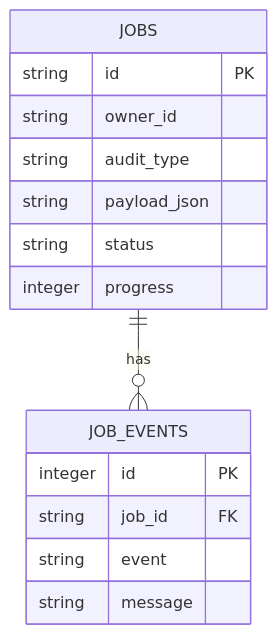
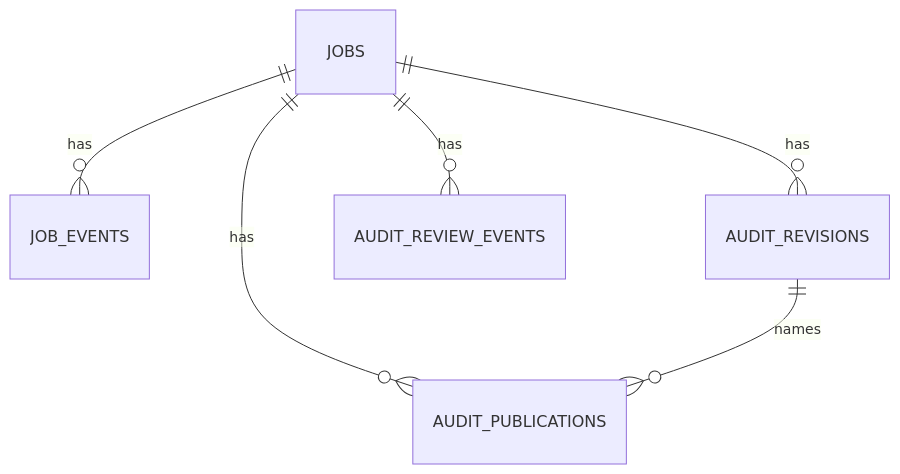
Before and after one commit to mohamedyassineabdi/UX-UI: the diagram in docs/DATA-MODEL.md, drawn with Mermaid. The commit also changed other lines of this file and 10 other files, not shown here.

````diff
--- a/docs/DATA-MODEL.md
+++ b/docs/DATA-MODEL.md
@@ -14,14 +14,8 @@
 ```mermaid
 erDiagram
   JOBS ||--o{ JOB_EVENTS : has
-  JOBS { string id PK
-         string owner_id
-         string audit_type
-         string payload_json
-         string status
-         integer progress }
-  JOB_EVENTS { integer id PK
-               string job_id FK
-               string event
-               string message }
+  JOBS ||--o{ AUDIT_REVISIONS : has
+  JOBS ||--o{ AUDIT_REVIEW_EVENTS : has
+  JOBS ||--o{ AUDIT_PUBLICATIONS : has
+  AUDIT_REVISIONS ||--o{ AUDIT_PUBLICATIONS : names
 ```
````
